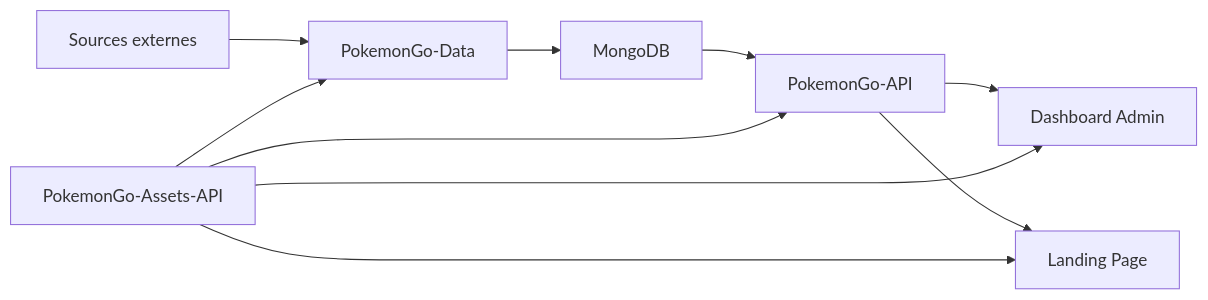
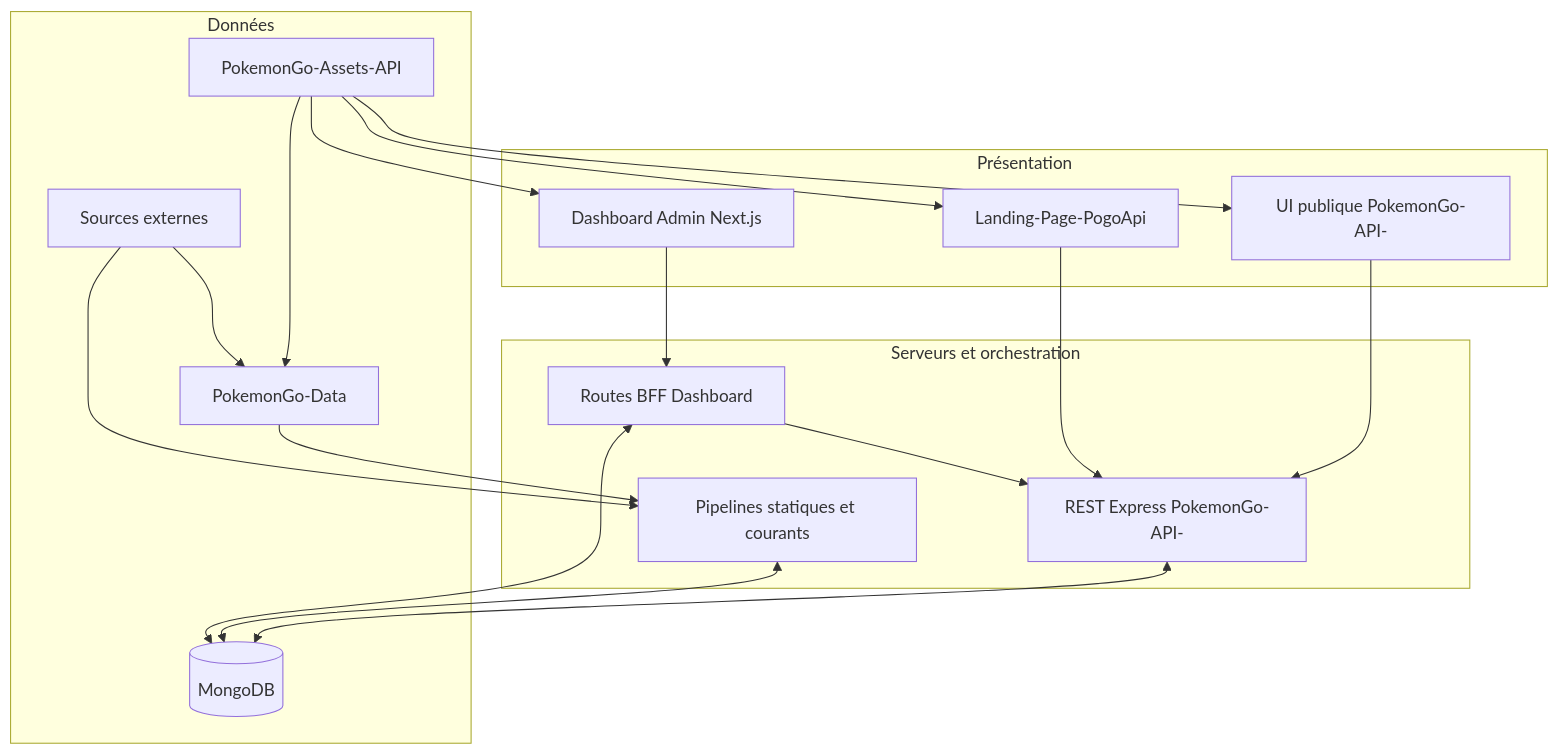
The first of 2 diagrams in docs/codex/Tome 1 — Foundation (Fondations)/DOC-006-architecture-overview.md (Matthieu-Vachet/dashboard_Admin), drawn with Mermaid before and after one commit. The commit also changed other lines of this file and 76 other files, not shown here.

First line of the commit message:
feat(trainer-pokemon): implement trainer Pokémon references, repository, and schema

````diff
--- a/docs/codex/Tome 1 — Foundation (Fondations)/DOC-006-architecture-overview.md
+++ b/docs/codex/Tome 1 — Foundation (Fondations)/DOC-006-architecture-overview.md
@@ -41,21 +41,34 @@
 ```mermaid
-flowchart LR
+flowchart TB
+  subgraph UI[Présentation]
+    E[Dashboard Admin Next.js]
+    F[Landing-Page-PogoApi]
+    U[UI publique PokemonGo-API-]
+  end
+  subgraph SERVER[Serveurs et orchestration]
+    BFF[Routes BFF Dashboard]
+    D[REST Express PokemonGo-API-]
+    P[Pipelines statiques et courants]
+  end
+  subgraph DATA[Données]
+    A[Sources externes]
+    B[PokemonGo-Data]
+    C[(MongoDB)]
+    G[PokemonGo-Assets-API]
+  end
 
-A[Sources externes]
-B[PokemonGo-Data]
-C[MongoDB]
-D[PokemonGo-API]
-E[Dashboard Admin]
-F[Landing Page]
-G[PokemonGo-Assets-API]
-
-A --> B
-B --> C
-C --> D
-D --> E
-D --> F
-G --> B
-G --> D
-G --> E
-G --> F
+  E --> BFF
+  BFF --> D
+  BFF <--> C
+  F --> D
+  U --> D
+  A --> B
+  A --> P
+  B --> P
+  P <--> C
+  D <--> C
+  G --> B
+  G --> E
+  G --> F
+  G --> U
 ```
````
